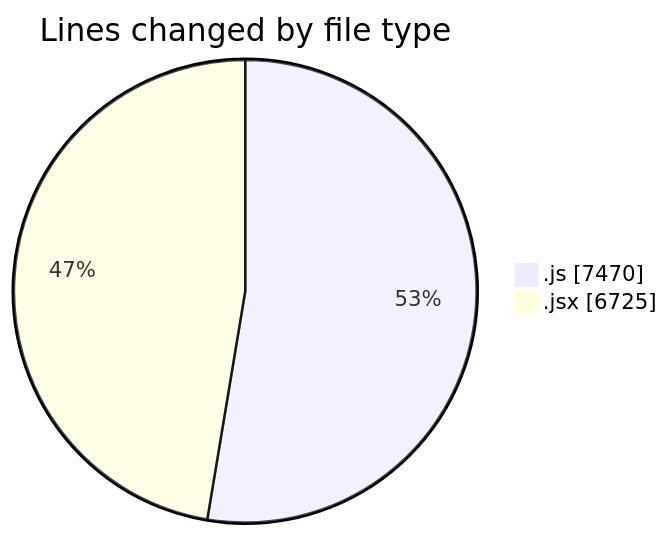
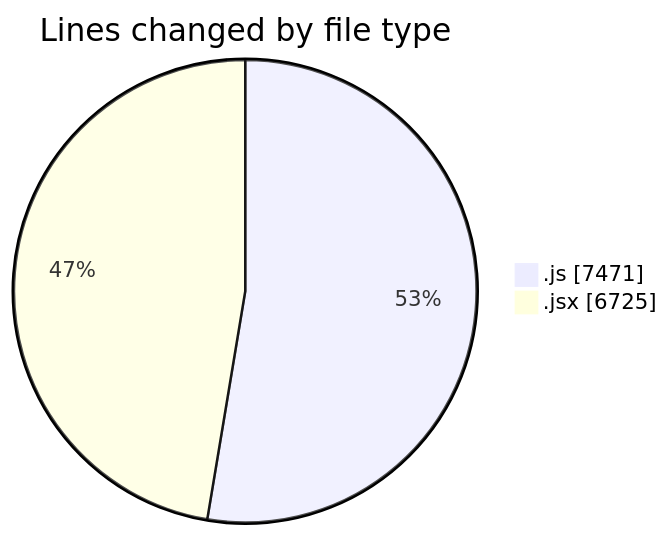
One commit to nxtqubesakshisongat/code-tracking changed the first of 2 diagrams in 2025-09-24/nxtqube_webapp/README.md. Above: the diagram before and after it, drawn with Mermaid. The commit also changed other lines of this file and 1 other file, not shown here.

````diff
--- a/2025-09-24/nxtqube_webapp/README.md
+++ b/2025-09-24/nxtqube_webapp/README.md
@@ -23,6 +23,6 @@
 ```mermaid
 pie showData
 title Lines changed by file type
-".js" : 7470
+".js" : 7471
 ".jsx" : 6725
 ```
````
